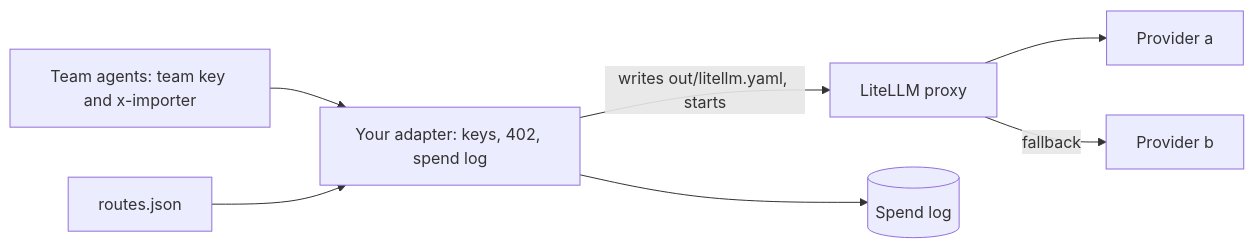
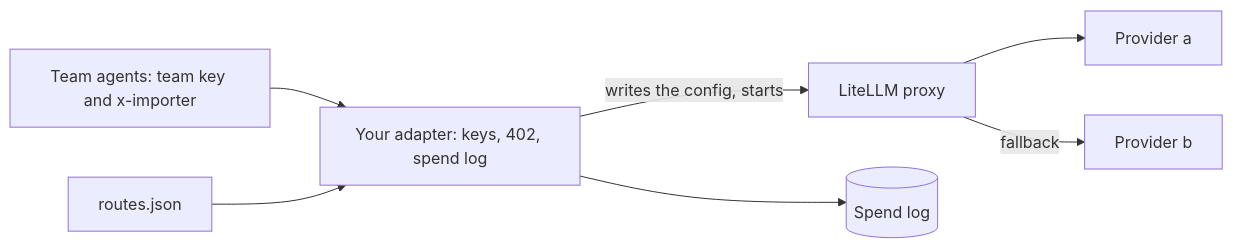
One commit to learnwithparam/agentic-architecture changed the diagram in parts/09-swap-and-review/01-swap-one-layer/problem/README.md. Above: the diagram before and after it, drawn with Mermaid. The commit also changed other lines of this file and 12 other files, not shown here.

Commit message:
Write the LiteLLM config to the temp folder, so a second bun run check stays clean

````diff
--- a/parts/09-swap-and-review/01-swap-one-layer/problem/README.md
+++ b/parts/09-swap-and-review/01-swap-one-layer/problem/README.md
@@ -9,9 +9,9 @@
 ```mermaid
 flowchart LR
   T[Team agents: team key and x-importer] --> AD[Your adapter: keys, 402, spend log]
   RT[routes.json] --> AD
-  AD -->|writes out/litellm.yaml, starts| LL[LiteLLM proxy]
+  AD -->|writes the config, starts| LL[LiteLLM proxy]
   LL --> A[Provider a]
   LL -->|fallback| B[Provider b]
   AD --> L[(Spend log)]
 ```
````
